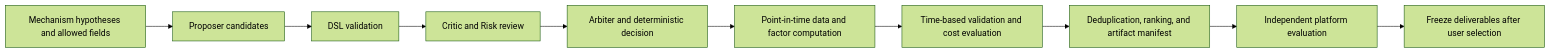
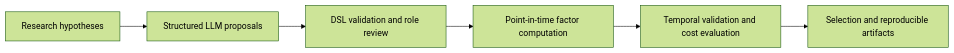
Before and after one commit to ZebinZ/llm-alpha-mining: the diagram in README.md, drawn with Mermaid (forest theme). The commit also changed other lines of this file and 343 other files, not shown here.

Commit message:
Normalize package layout and retain validated factor research framework

````diff
--- a/README.md
+++ b/README.md
@@ -48,12 +36,8 @@
 ```mermaid
 flowchart LR
-    A[Mechanism hypotheses and allowed fields] --> B[Proposer candidates]
-    B --> C[DSL validation]
-    C --> D[Critic and Risk review]
-    D --> E[Arbiter and deterministic decision]
-    E --> F[Point-in-time data and factor computation]
-    F --> G[Time-based validation and cost evaluation]
-    G --> H[Deduplication, ranking, and artifact manifest]
-    H --> I[Independent platform evaluation]
-    I --> J[Freeze deliverables after user selection]
+    A[Research hypotheses] --> B[Structured LLM proposals]
+    B --> C[DSL validation and role review]
+    C --> D[Point-in-time factor computation]
+    D --> E[Temporal validation and cost evaluation]
+    E --> F[Selection and reproducible artifacts]
 ```
````
